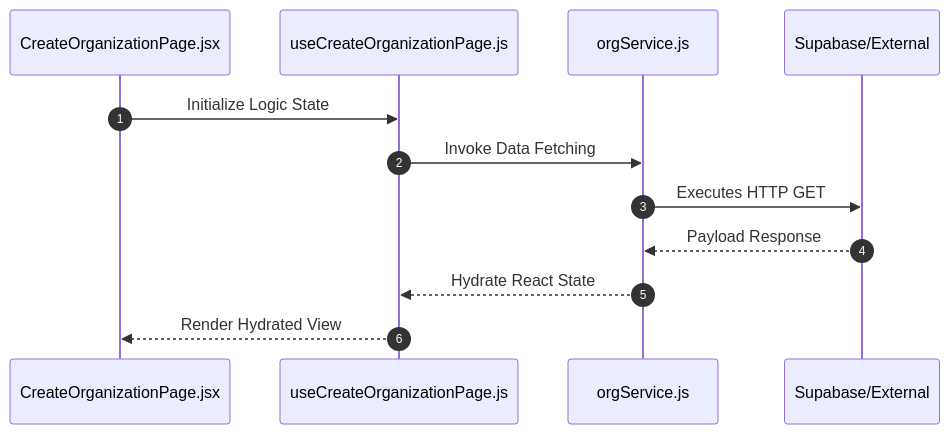
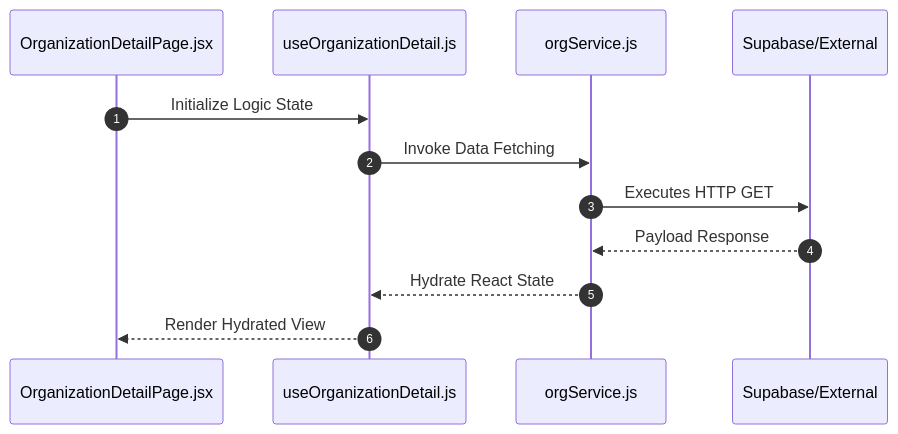
One commit to nexowebai/nexo-superadmin changed the second of 2 diagrams in src/features/organizations/README.md. Above: the diagram before and after it, drawn with Mermaid. The commit also changed other lines of this file and 142 other files, not shown here.

````diff
--- a/src/features/organizations/README.md
+++ b/src/features/organizations/README.md
@@ -66,15 +43,15 @@
 ```mermaid
 sequenceDiagram
 autonumber
-    participant P as CreateOrganizationPage.jsx
-    participant H as useCreateOrganizationPage.js
+    participant P as OrganizationDetailPage.jsx
+    participant H as useOrganizationDetail.js
     participant S as orgService.js
     participant API as Supabase/External
 
     P->>H: Initialize Logic State
     H->>S: Invoke Data Fetching
     S->>API: Executes HTTP GET
     API-->>S: Payload Response
     S-->>H: Hydrate React State
     H-->>P: Render Hydrated View
 ```
````
